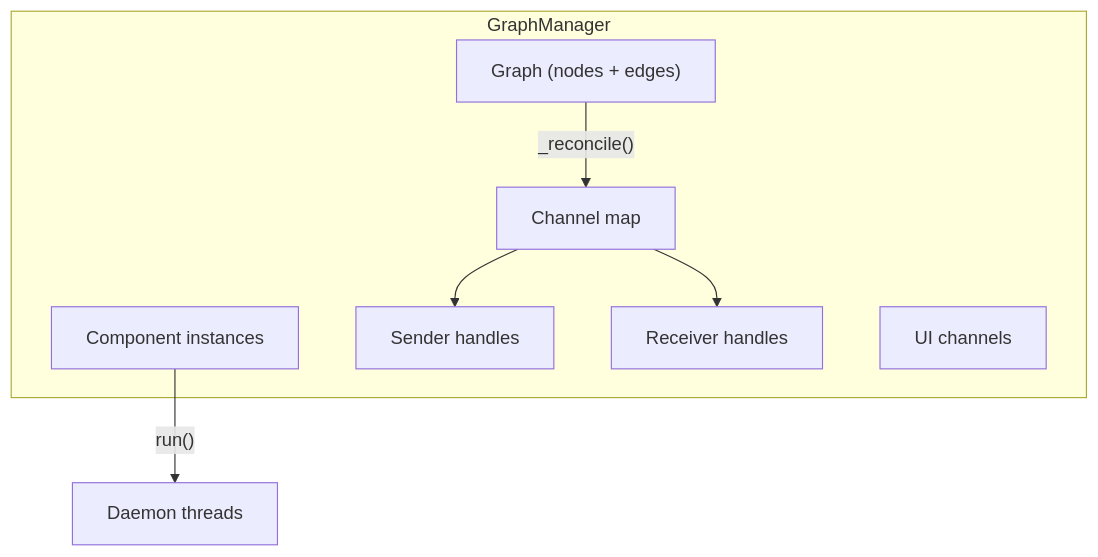
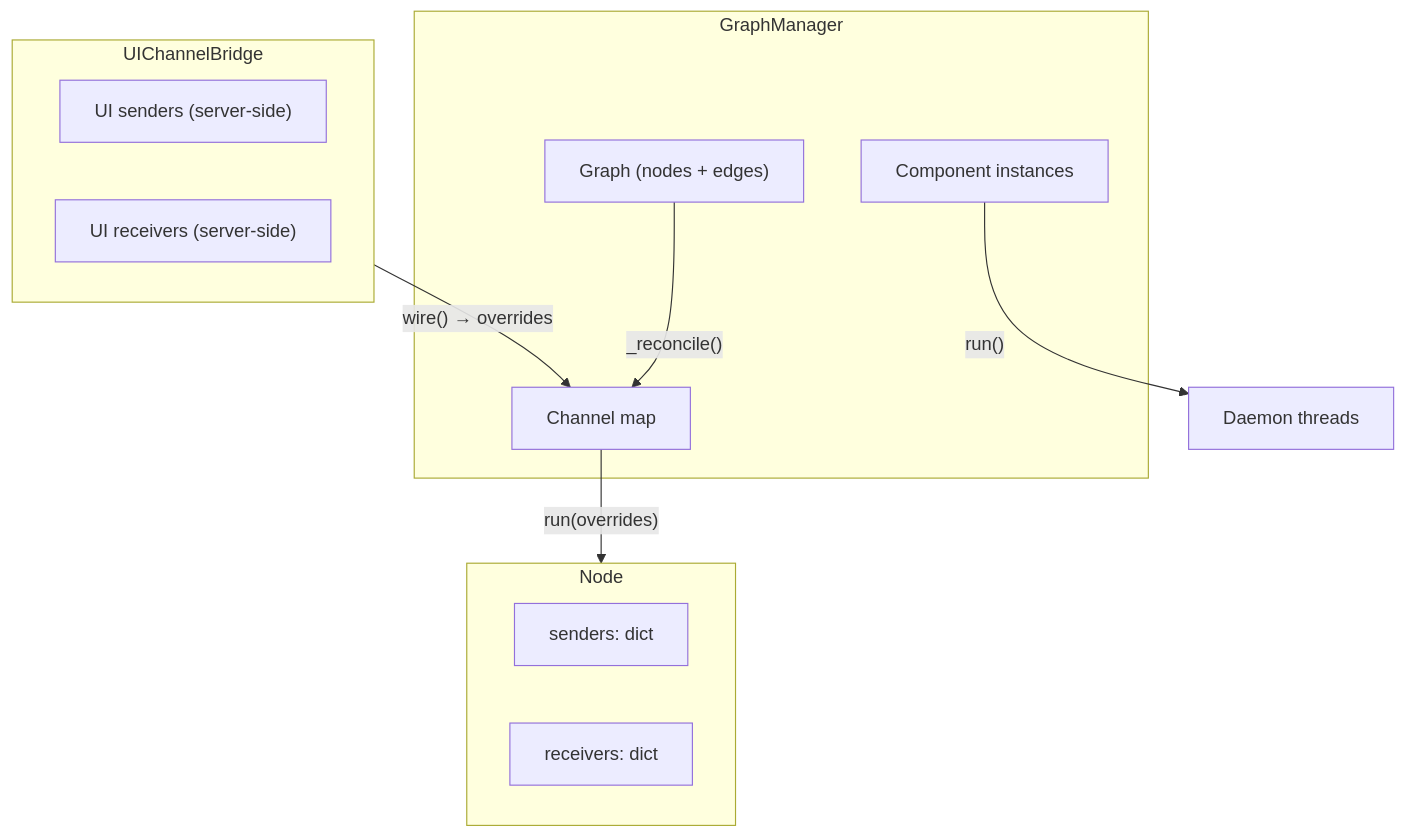
Before and after one commit to Project-NEURIA/OpenNeuro: the seventh of 13 diagrams in DEVELOPER.md, drawn with Mermaid. The commit also changed other lines of this file, not shown here.

First line of the commit message:
docs: update DEVELOPER.md for three-layer architecture and UI bridge

````diff
--- a/DEVELOPER.md
+++ b/DEVELOPER.md
@@ -278,16 +286,23 @@
 ```mermaid
 graph TD
     subgraph GraphManager
         Graph["Graph (nodes + edges)"]
         CompMap["Component instances"]
         ChanMap["Channel map"]
-        Senders["Sender handles"]
-        Receivers["Receiver handles"]
-        UIChan["UI channels"]
+    end
+
+    subgraph Node
+        Senders["senders: dict"]
+        Receivers["receivers: dict"]
+    end
+
+    subgraph UIChannelBridge
+        UISend["UI senders (server-side)"]
+        UIRecv["UI receivers (server-side)"]
     end
 
     Graph -->|"_reconcile()"| ChanMap
-    ChanMap --> Senders
-    ChanMap --> Receivers
+    ChanMap -->|"run(overrides)"| Node
+    UIChannelBridge -->|"wire() → overrides"| ChanMap
     CompMap -->|"run()"| Threads["Daemon threads"]
 ```
````
